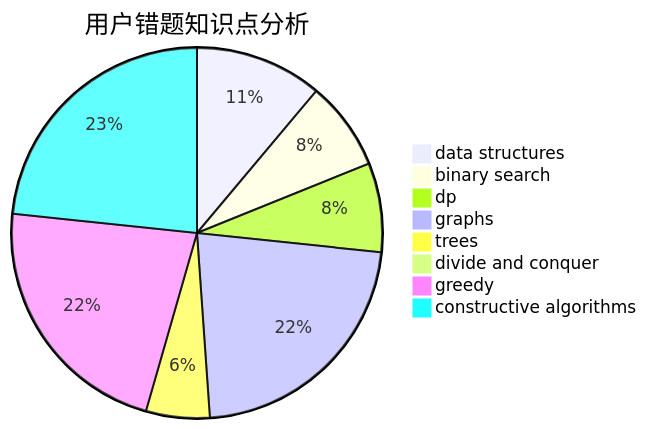
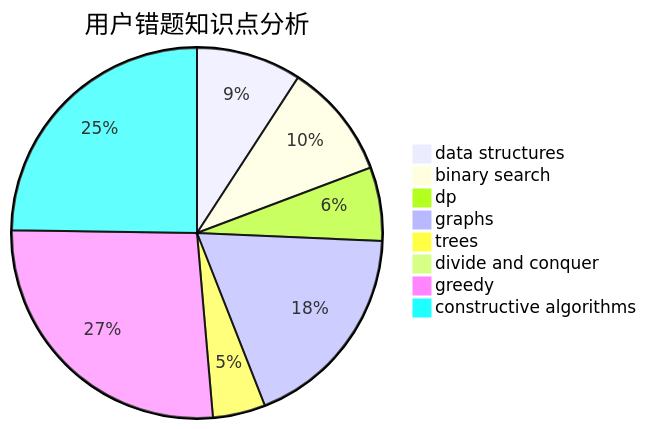
One commit to sherpahu/cfrs.github.io changed the third of 3 diagrams in docs/user/u767.md. Above: the diagram before and after it, drawn with Mermaid. The commit also changed other lines of this file and 2770 other files, not shown here.

````diff
--- a/docs/user/u767.md
+++ b/docs/user/u767.md
@@ -36,11 +36,11 @@
 ```mermaid
 pie title 用户错题知识点分析
     "data structures" :  10
-    "binary search" :  7
+    "binary search" :  11
     "dp" :  7
     "graphs" :  20
     "trees" :  5
     "divide and conquer" :  0
-    "greedy" :  20
-    "constructive algorithms" :  21
+    "greedy" :  29
+    "constructive algorithms" :  27
 ```
````
